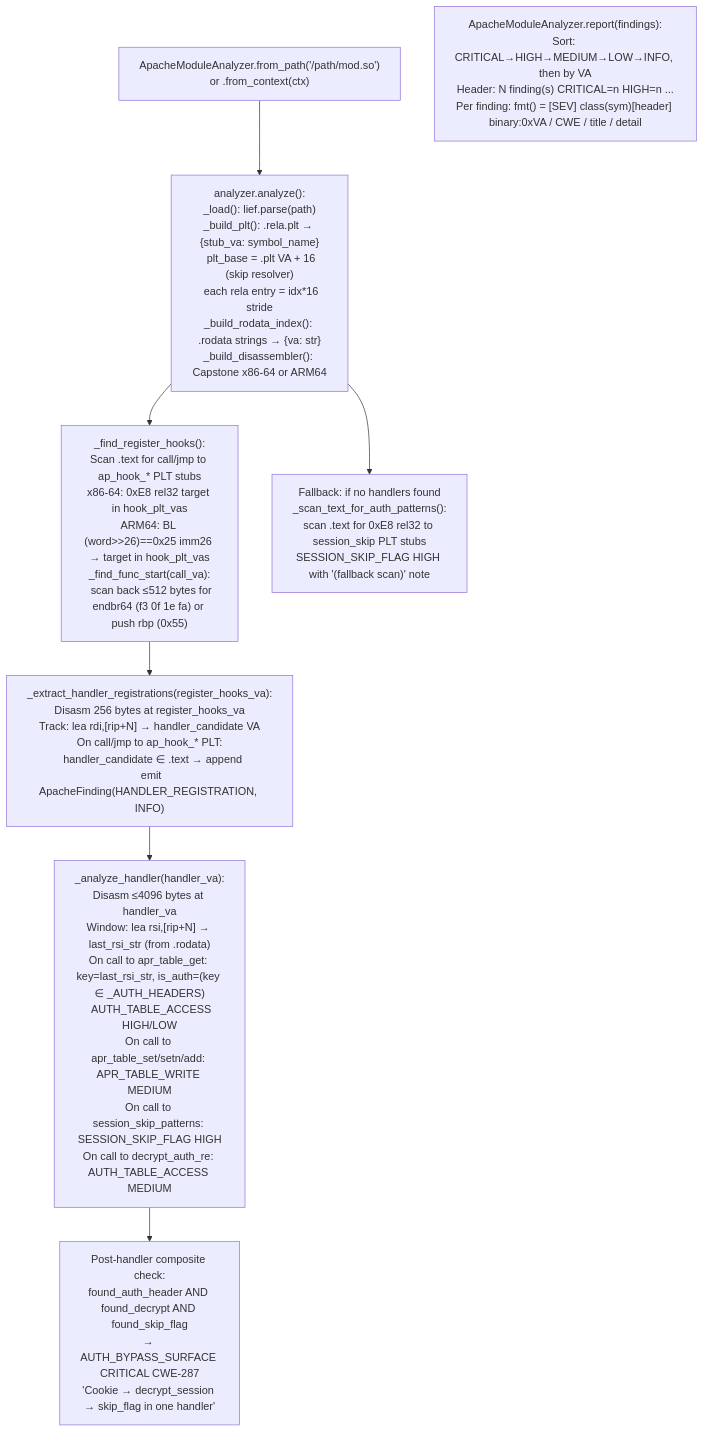
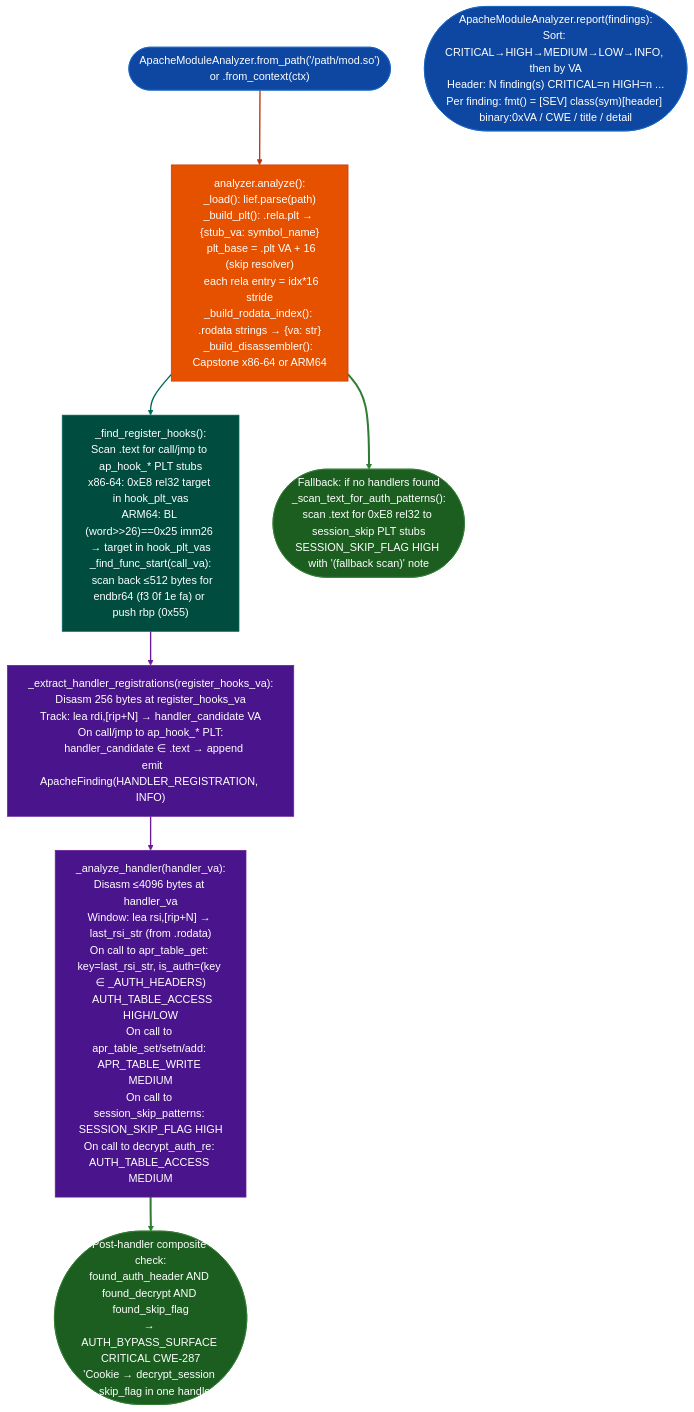
Before and after one commit to Ablation-Tool/ablation: the diagram in docs/reference-modules/apache-module-analysis.md, drawn with Mermaid. The commit also changed 320 other files, not shown here.

First line of the commit message:
docs: apply canonical Mermaid template to all 321 diagrams

````diff
--- a/docs/reference-modules/apache-module-analysis.md
+++ b/docs/reference-modules/apache-module-analysis.md
@@ -19,10 +19,22 @@
 ```mermaid
 flowchart TD
-    A["ApacheModuleAnalyzer.from_path('/path/mod.so')\nor .from_context(ctx)"] --> B["analyzer.analyze():\n_load(): lief.parse(path)\n_build_plt(): .rela.plt → {stub_va: symbol_name}\n  plt_base = .plt VA + 16 (skip resolver)\n  each rela entry = idx*16 stride\n_build_rodata_index(): .rodata strings → {va: str}\n_build_disassembler(): Capstone x86-64 or ARM64"]
-    B --> C["_find_register_hooks():\nScan .text for call/jmp to ap_hook_* PLT stubs\nx86-64: 0xE8 rel32 target in hook_plt_vas\nARM64: BL (word>>26)==0x25 imm26 → target in hook_plt_vas\n_find_func_start(call_va):\n  scan back ≤512 bytes for endbr64 (f3 0f 1e fa) or push rbp (0x55)"]
-    C --> D["_extract_handler_registrations(register_hooks_va):\nDisasm 256 bytes at register_hooks_va\nTrack: lea rdi,[rip+N] → handler_candidate VA\nOn call/jmp to ap_hook_* PLT:\n  handler_candidate ∈ .text → append\n  emit ApacheFinding(HANDLER_REGISTRATION, INFO)"]
-    D --> E["_analyze_handler(handler_va):\nDisasm ≤4096 bytes at handler_va\nWindow: lea rsi,[rip+N] → last_rsi_str (from .rodata)\nOn call to apr_table_get: key=last_rsi_str, is_auth=(key ∈ _AUTH_HEADERS)\n  AUTH_TABLE_ACCESS HIGH/LOW\nOn call to apr_table_set/setn/add: APR_TABLE_WRITE MEDIUM\nOn call to session_skip_patterns: SESSION_SKIP_FLAG HIGH\nOn call to decrypt_auth_re: AUTH_TABLE_ACCESS MEDIUM"]
-    E --> F["Post-handler composite check:\nfound_auth_header AND found_decrypt AND found_skip_flag\n→ AUTH_BYPASS_SURFACE CRITICAL CWE-287\n'Cookie → decrypt_session → skip_flag in one handler'"]
-    B --> G["Fallback: if no handlers found\n_scan_text_for_auth_patterns():\nscan .text for 0xE8 rel32 to session_skip PLT stubs\nSESSION_SKIP_FLAG HIGH with '(fallback scan)' note"]
-    H["ApacheModuleAnalyzer.report(findings):\nSort: CRITICAL→HIGH→MEDIUM→LOW→INFO, then by VA\nHeader: N finding(s) CRITICAL=n HIGH=n ...\nPer finding: fmt() = [SEV] class(sym)[header] binary:0xVA / CWE / title / detail"]
+    A(["ApacheModuleAnalyzer.from_path('/path/mod.so')\nor .from_context(ctx)"]):::input --> B["analyzer.analyze():\n_load(): lief.parse(path)\n_build_plt(): .rela.plt → {stub_va: symbol_name}\n  plt_base = .plt VA + 16 (skip resolver)\n  each rela entry = idx*16 stride\n_build_rodata_index(): .rodata strings → {va: str}\n_build_disassembler(): Capstone x86-64 or ARM64"]:::primary
+    B:::primary --> C["_find_register_hooks():\nScan .text for call/jmp to ap_hook_* PLT stubs\nx86-64: 0xE8 rel32 target in hook_plt_vas\nARM64: BL (word>>26)==0x25 imm26 → target in hook_plt_vas\n_find_func_start(call_va):\n  scan back ≤512 bytes for endbr64 (f3 0f 1e fa) or push rbp (0x55)"]:::secondary
+    C:::secondary --> D["_extract_handler_registrations(register_hooks_va):\nDisasm 256 bytes at register_hooks_va\nTrack: lea rdi,[rip+N] → handler_candidate VA\nOn call/jmp to ap_hook_* PLT:\n  handler_candidate ∈ .text → append\n  emit ApacheFinding(HANDLER_REGISTRATION, INFO)"]:::tertiary
+    D:::tertiary --> E["_analyze_handler(handler_va):\nDisasm ≤4096 bytes at handler_va\nWindow: lea rsi,[rip+N] → last_rsi_str (from .rodata)\nOn call to apr_table_get: key=last_rsi_str, is_auth=(key ∈ _AUTH_HEADERS)\n  AUTH_TABLE_ACCESS HIGH/LOW\nOn call to apr_table_set/setn/add: APR_TABLE_WRITE MEDIUM\nOn call to session_skip_patterns: SESSION_SKIP_FLAG HIGH\nOn call to decrypt_auth_re: AUTH_TABLE_ACCESS MEDIUM"]:::tertiary
+    E:::tertiary --> F(["Post-handler composite check:\nfound_auth_header AND found_decrypt AND found_skip_flag\n→ AUTH_BYPASS_SURFACE CRITICAL CWE-287\n'Cookie → decrypt_session → skip_flag in one handler'"]):::output
+    B:::primary --> G(["Fallback: if no handlers found\n_scan_text_for_auth_patterns():\nscan .text for 0xE8 rel32 to session_skip PLT stubs\nSESSION_SKIP_FLAG HIGH with '(fallback scan)' note"]):::output
+    H(["ApacheModuleAnalyzer.report(findings):\nSort: CRITICAL→HIGH→MEDIUM→LOW→INFO, then by VA\nHeader: N finding(s) CRITICAL=n HIGH=n ...\nPer finding: fmt() = [SEV] class(sym)[header] binary:0xVA / CWE / title / detail"]):::input
+    classDef input     fill:#0d47a1,stroke:#1565c0,color:#fff
+    classDef primary   fill:#e65100,stroke:#bf360c,color:#fff
+    classDef secondary fill:#004d40,stroke:#00695c,color:#fff
+    classDef tertiary  fill:#4a148c,stroke:#6a1b9a,color:#fff
+    classDef neutral   fill:#37474f,stroke:#546e7a,color:#fff
+    classDef output    fill:#1b5e20,stroke:#2e7d32,color:#fff
+    linkStyle 0 stroke:#bf360c,stroke-width:2px
+    linkStyle 1 stroke:#00695c,stroke-width:2px
+    linkStyle 2 stroke:#6a1b9a,stroke-width:2px
+    linkStyle 3 stroke:#6a1b9a,stroke-width:2px
+    linkStyle 4 stroke:#2e7d32,stroke-width:3px
+    linkStyle 5 stroke:#2e7d32,stroke-width:3px
 ```
````
